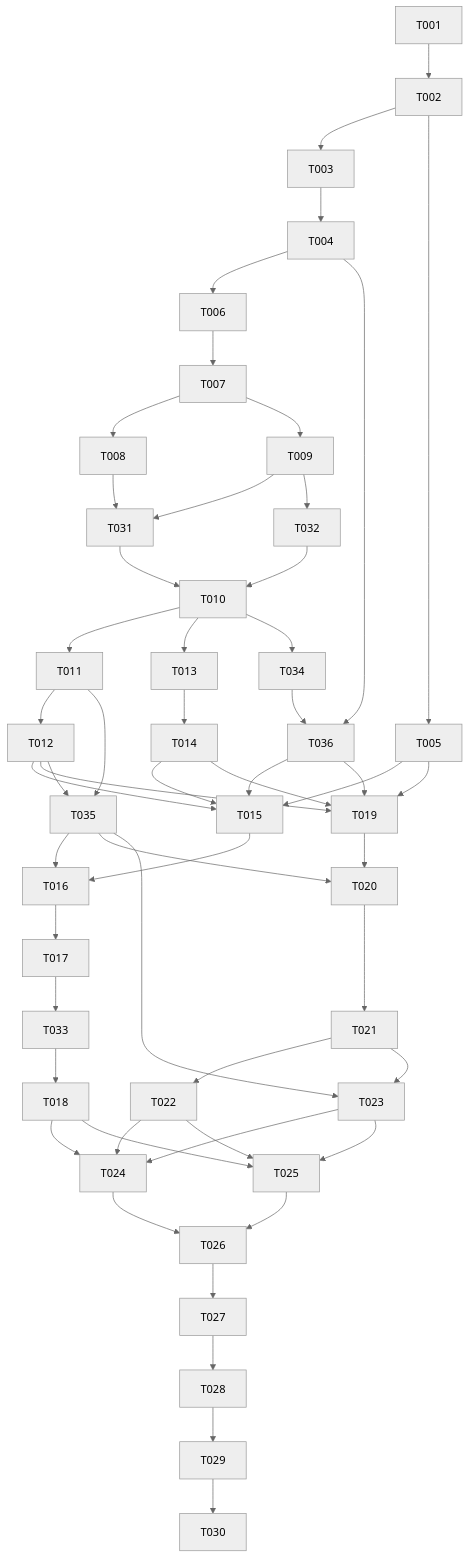
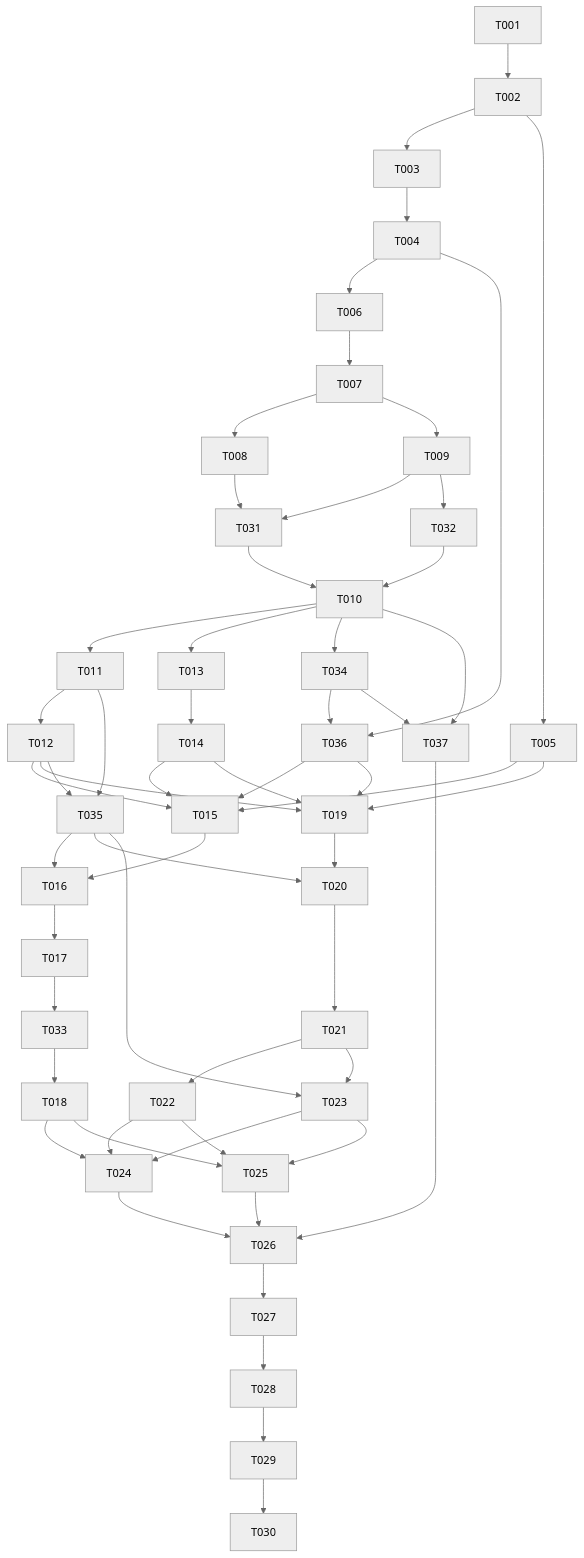
One commit to ronronner02/multi-agent changed the diagram in docs/tasks/2026-10-13-001-feat-multi-agent-team-tasks.md. Above: the diagram before and after it, drawn with Mermaid (neutral theme). The commit also changed other lines of this file and 9 other files, not shown here.

````diff
--- a/docs/tasks/2026-10-13-001-feat-multi-agent-team-tasks.md
+++ b/docs/tasks/2026-10-13-001-feat-multi-agent-team-tasks.md
@@ -118,43 +118,46 @@
 ```mermaid
 flowchart TD
   T001 --> T002
   T002 --> T003 --> T004 --> T006 --> T007
   T002 --> T005
   T007 --> T008
   T007 --> T009
   T008 --> T031
   T009 --> T031
   T009 --> T032
   T031 --> T010
   T032 --> T010
   T010 --> T011 --> T012
   T010 --> T013 --> T014
   T012 --> T015
   T014 --> T015
   T005 --> T015
   T015 --> T016 --> T017 --> T033 --> T018
   T012 --> T019
   T014 --> T019
   T005 --> T019
   T019 --> T020 --> T021
   T021 --> T022
   T021 --> T023
   T018 --> T024
   T022 --> T024
   T023 --> T024
   T018 --> T025
   T022 --> T025
   T023 --> T025
   T024 --> T026
   T025 --> T026
   T010 --> T034 --> T036
+  T010 --> T037
+  T034 --> T037
+  T037 --> T026
   T004 --> T036
   T036 --> T015
   T036 --> T019
   T011 --> T035
   T012 --> T035
   T035 --> T016
   T035 --> T020
   T035 --> T023
   T026 --> T027 --> T028 --> T029 --> T030
 ```
````
